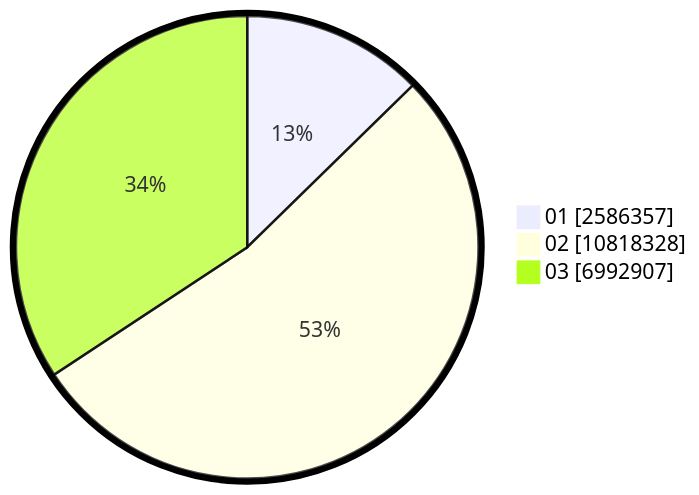
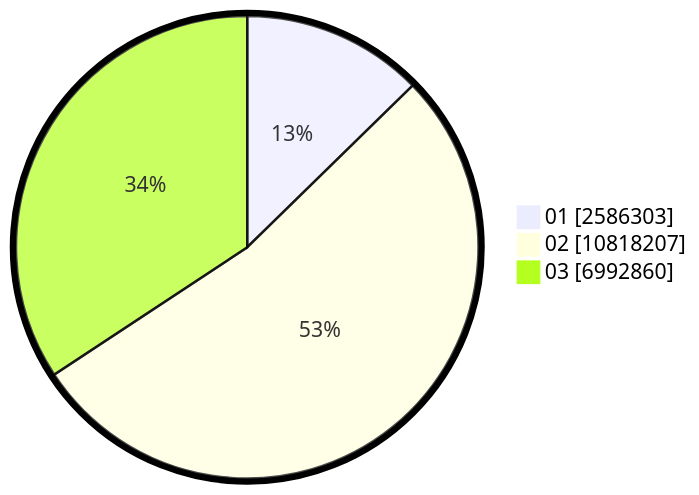
One commit to gigit-pemilu/pemilu-2024 changed the second of 2 diagrams in pilpres/hitung-suara/sub/table-wilayah-33.md. Above: the diagram before and after it, drawn with Mermaid. The commit also changed other lines of this file and 15 other files, not shown here.

````diff
--- a/pilpres/hitung-suara/sub/table-wilayah-33.md
+++ b/pilpres/hitung-suara/sub/table-wilayah-33.md
@@ -15,7 +15,7 @@
 ```mermaid
 %%{init: {"pie": {"textPosition": 0.5}, "themeVariables": {"pieOuterStrokeWidth": "5px"}} }%%
 pie showData
-    "01" : 2586357
-    "02" : 10818328
-    "03" : 6992907
+    "01" : 2586303
+    "02" : 10818207
+    "03" : 6992860
 ```
````
